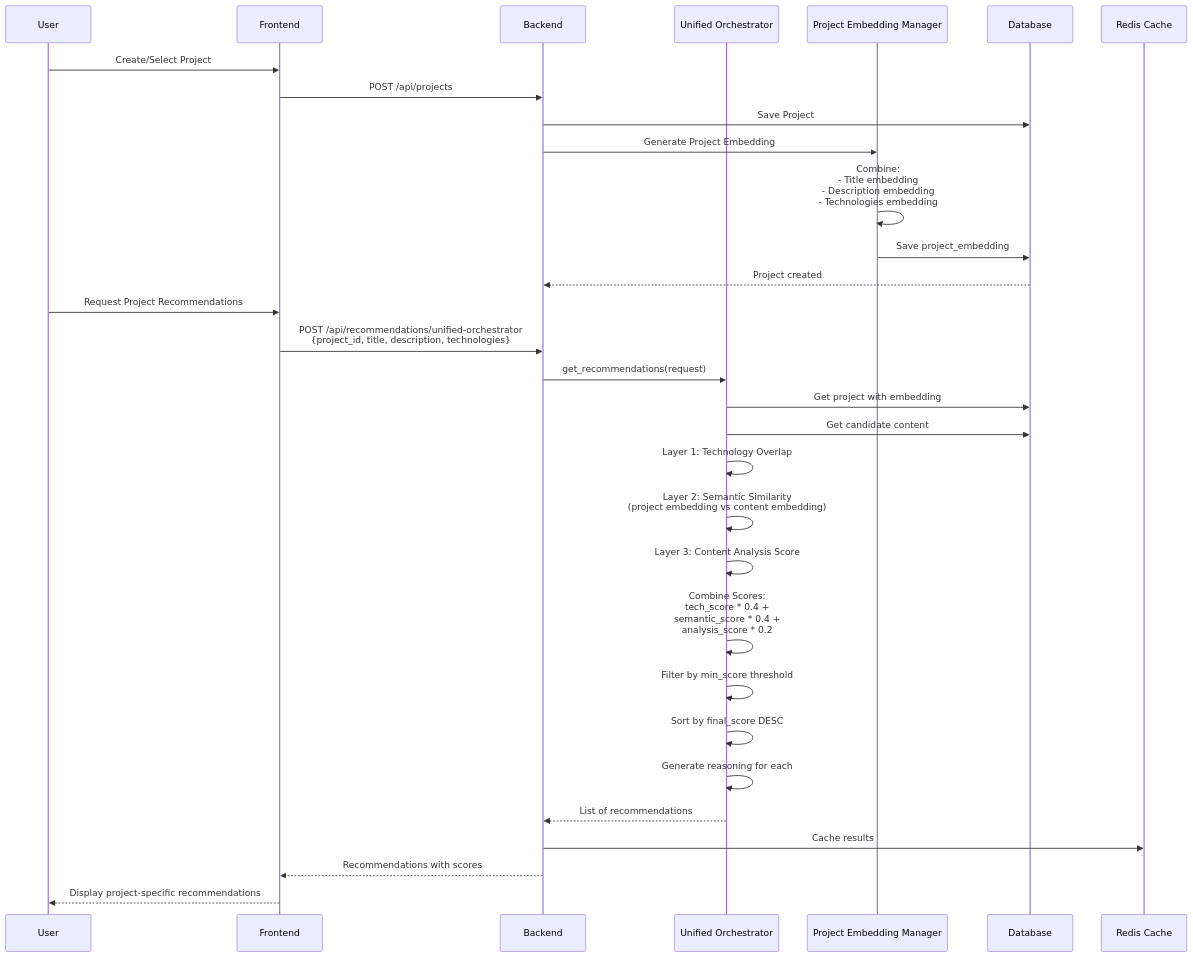
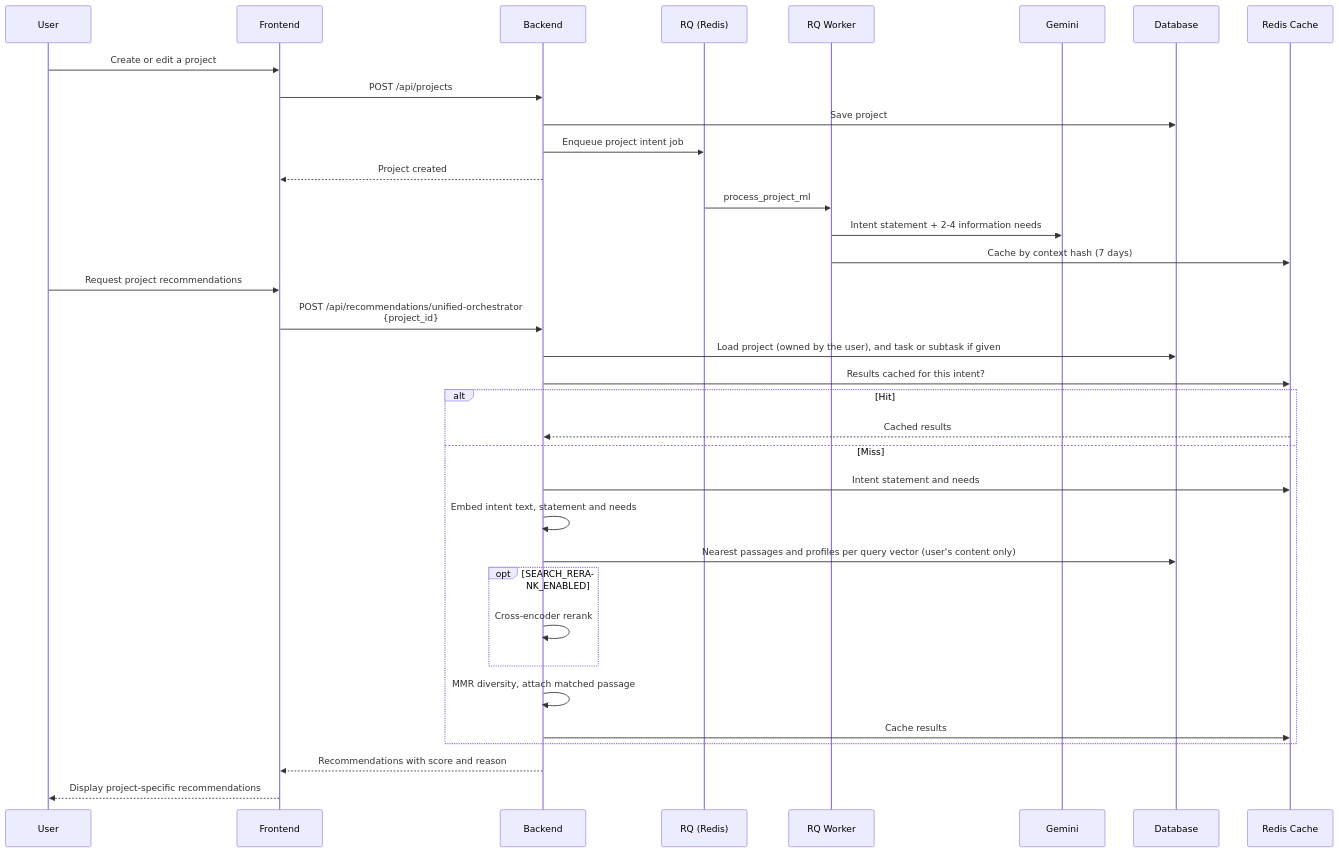
Before and after one commit to Ujjwaljain16/Fuze: the seventh of 12 diagrams in docs/USERFLOW.md, drawn with Mermaid. The commit also changed other lines of this file and 12 other files, not shown here.

Commit message:
docs: rewrite architecture, optimizations and user flows to match the code; replace the finished intent-engine plan with a recommendations guide and one decision record

````diff
--- a/docs/USERFLOW.md
+++ b/docs/USERFLOW.md
@@ -336,40 +338,39 @@
 ```mermaid
 sequenceDiagram
     participant User
     participant Frontend
     participant Backend
-    participant Orchestrator as Unified Orchestrator
-    participant ProjectEmbedding as Project Embedding Manager
+    participant Queue as RQ (Redis)
+    participant Worker as RQ Worker
+    participant Gemini as Gemini
     participant DB as Database
     participant Redis as Redis Cache
-    
-    User->>Frontend: Create/Select Project
+
+    User->>Frontend: Create or edit a project
     Frontend->>Backend: POST /api/projects
-    Backend->>DB: Save Project
-    Backend->>ProjectEmbedding: Generate Project Embedding
-    ProjectEmbedding->>ProjectEmbedding: Combine:<br/>- Title embedding<br/>- Description embedding<br/>- Technologies embedding
-    ProjectEmbedding->>DB: Save project_embedding
-    DB-->>Backend: Project created
-    
-    User->>Frontend: Request Project Recommendations
-    Frontend->>Backend: POST /api/recommendations/unified-orchestrator<br/>{project_id, title, description, technologies}
-    
-    Backend->>Orchestrator: get_recommendations(request)
-    Orchestrator->>DB: Get project with embedding
-    Orchestrator->>DB: Get candidate content
-    
-    Orchestrator->>Orchestrator: Layer 1: Technology Overlap
-    Orchestrator->>Orchestrator: Layer 2: Semantic Similarity<br/>(project embedding vs content embedding)
-    Orchestrator->>Orchestrator: Layer 3: Content Analysis Score
-    
-    Orchestrator->>Orchestrator: Combine Scores:<br/>tech_score * 0.4 +<br/>semantic_score * 0.4 +<br/>analysis_score * 0.2
-    
-    Orchestrator->>Orchestrator: Filter by min_score threshold
-    Orchestrator->>Orchestrator: Sort by final_score DESC
-    Orchestrator->>Orchestrator: Generate reasoning for each
-    
-    Orchestrator-->>Backend: List of recommendations
-    Backend->>Redis: Cache results
-    Backend-->>Frontend: Recommendations with scores
+    Backend->>DB: Save project
+    Backend->>Queue: Enqueue project intent job
+    Backend-->>Frontend: Project created
+    Queue->>Worker: process_project_ml
+    Worker->>Gemini: Intent statement + 2-4 information needs
+    Worker->>Redis: Cache by context hash (7 days)
+
+    User->>Frontend: Request project recommendations
+    Frontend->>Backend: POST /api/recommendations/unified-orchestrator<br/>{project_id}
+    Backend->>DB: Load project (owned by the user), and task or subtask if given
+    Backend->>Redis: Results cached for this intent?
+    alt Hit
+        Redis-->>Backend: Cached results
+    else Miss
+        Backend->>Redis: Intent statement and needs
+        Backend->>Backend: Embed intent text, statement and needs
+        Backend->>DB: Nearest passages and profiles per query vector (user's content only)
+        opt SEARCH_RERANK_ENABLED
+            Backend->>Backend: Cross-encoder rerank
+        end
+        Backend->>Backend: MMR diversity, attach matched passage
+        Backend->>Redis: Cache results
+    end
+    Backend-->>Frontend: Recommendations with score and reason
     Frontend-->>User: Display project-specific recommendations
 ```
````
